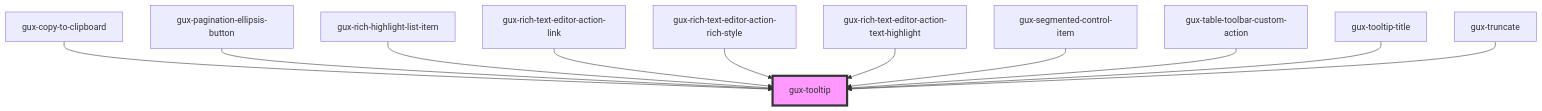
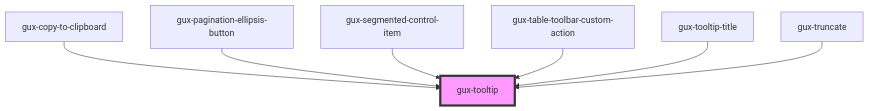
Before and after one commit to MyPureCloud/genesys-spark: the diagram in packages/genesys-spark-components/src/components/stable/gux-tooltip/readme.md, drawn with Mermaid. The commit also changed other lines of this file and 11 other files, not shown here.

````diff
--- a/packages/genesys-spark-components/src/components/stable/gux-tooltip/readme.md
+++ b/packages/genesys-spark-components/src/components/stable/gux-tooltip/readme.md
@@ -81,14 +77,10 @@
 ```mermaid
 graph TD;
   gux-copy-to-clipboard --> gux-tooltip
   gux-pagination-ellipsis-button --> gux-tooltip
-  gux-rich-highlight-list-item --> gux-tooltip
-  gux-rich-text-editor-action-link --> gux-tooltip
-  gux-rich-text-editor-action-rich-style --> gux-tooltip
-  gux-rich-text-editor-action-text-highlight --> gux-tooltip
   gux-segmented-control-item --> gux-tooltip
   gux-table-toolbar-custom-action --> gux-tooltip
   gux-tooltip-title --> gux-tooltip
   gux-truncate --> gux-tooltip
   style gux-tooltip fill:#f9f,stroke:#333,stroke-width:4px
 ```
````
